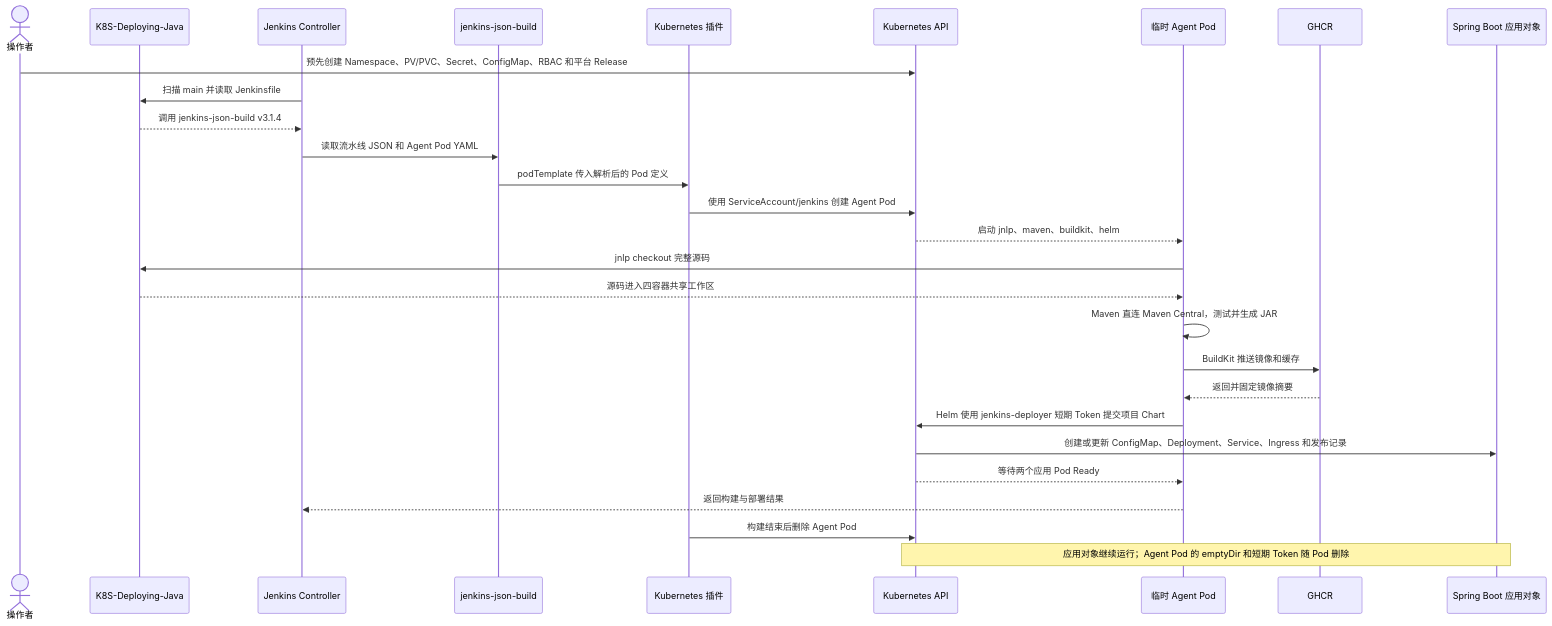
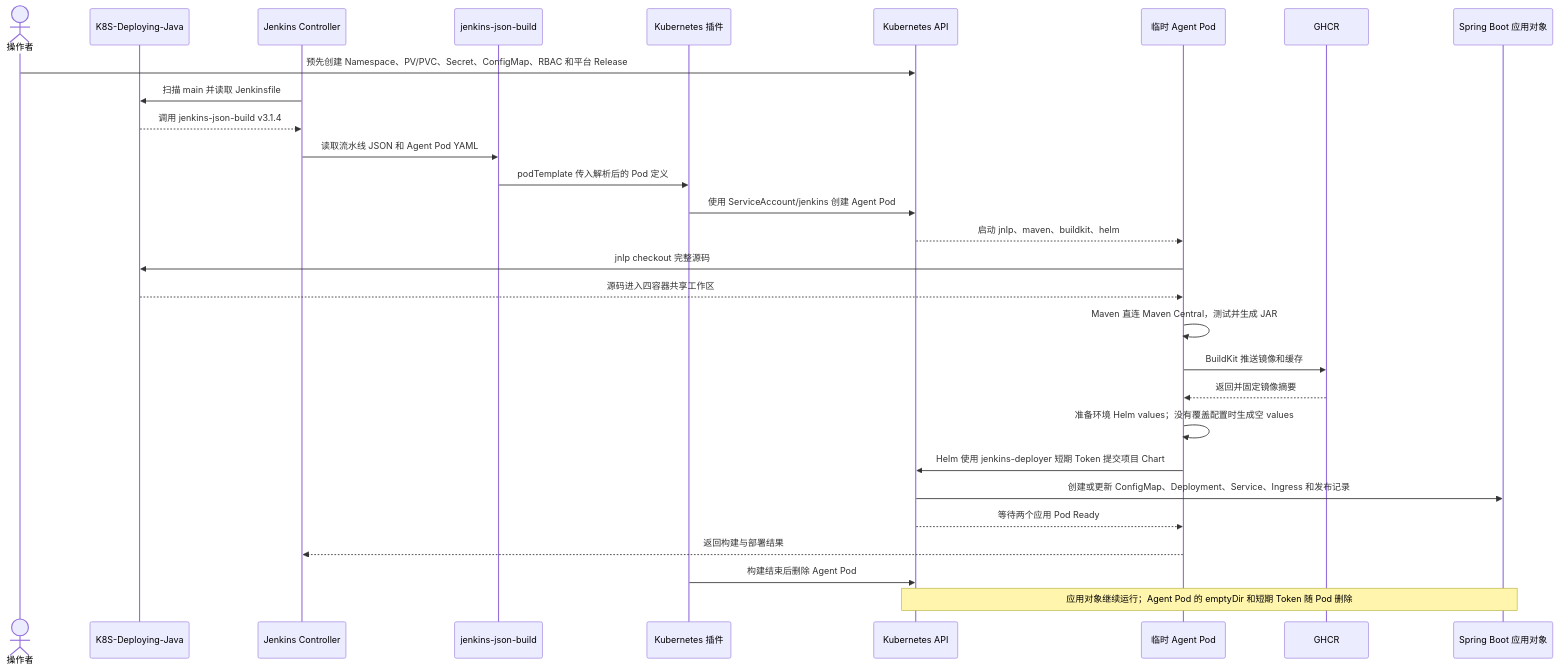
The second of 2 diagrams in kubernetes-jenkins-buildkit-github-springboot3-postgresql-vm-guide.md (sunweisheng/Kubernetes), drawn with Mermaid before and after one commit. The commit also changed other lines of this file, not shown here.

````diff
--- a/kubernetes-jenkins-buildkit-github-springboot3-postgresql-vm-guide.md
+++ b/kubernetes-jenkins-buildkit-github-springboot3-postgresql-vm-guide.md
@@ -159,31 +160,32 @@
 ```mermaid
 sequenceDiagram
     actor operator as 操作者
     participant repo as K8S-Deploying-Java
     participant controller as Jenkins Controller
     participant library as jenkins-json-build
     participant plugin as Kubernetes 插件
     participant api as Kubernetes API
     participant agent as 临时 Agent Pod
     participant ghcr as GHCR
     participant app as Spring Boot 应用对象
 
     operator->>api: 预先创建 Namespace、PV/PVC、Secret、ConfigMap、RBAC 和平台 Release
     controller->>repo: 扫描 main 并读取 Jenkinsfile
     repo-->>controller: 调用 jenkins-json-build v3.1.4
     controller->>library: 读取流水线 JSON 和 Agent Pod YAML
     library->>plugin: podTemplate 传入解析后的 Pod 定义
     plugin->>api: 使用 ServiceAccount/jenkins 创建 Agent Pod
     api-->>agent: 启动 jnlp、maven、buildkit、helm
     agent->>repo: jnlp checkout 完整源码
     repo-->>agent: 源码进入四容器共享工作区
     agent->>agent: Maven 直连 Maven Central，测试并生成 JAR
     agent->>ghcr: BuildKit 推送镜像和缓存
     ghcr-->>agent: 返回并固定镜像摘要
+    agent->>agent: 准备环境 Helm values；没有覆盖配置时生成空 values
     agent->>api: Helm 使用 jenkins-deployer 短期 Token 提交项目 Chart
     api->>app: 创建或更新 ConfigMap、Deployment、Service、Ingress 和发布记录
     api-->>agent: 等待两个应用 Pod Ready
     agent-->>controller: 返回构建与部署结果
     plugin->>api: 构建结束后删除 Agent Pod
     Note over api,app: 应用对象继续运行；Agent Pod 的 emptyDir 和短期 Token 随 Pod 删除
 ```
````
